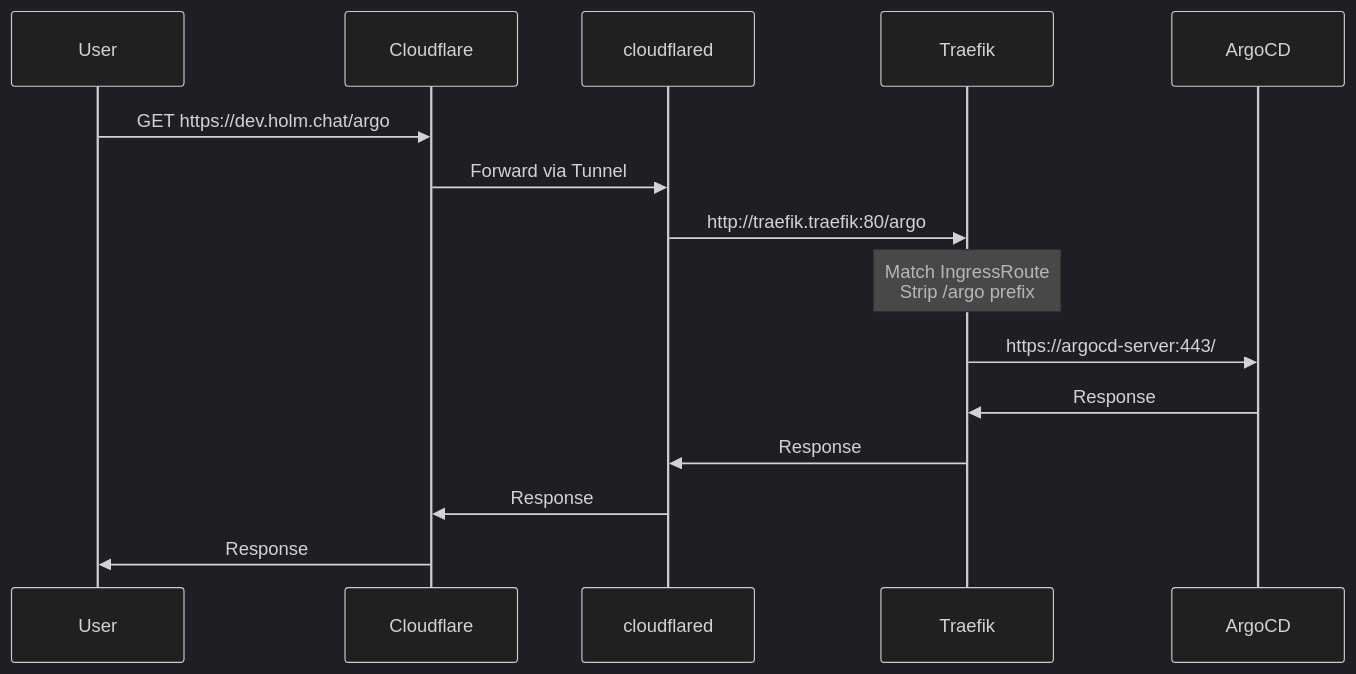
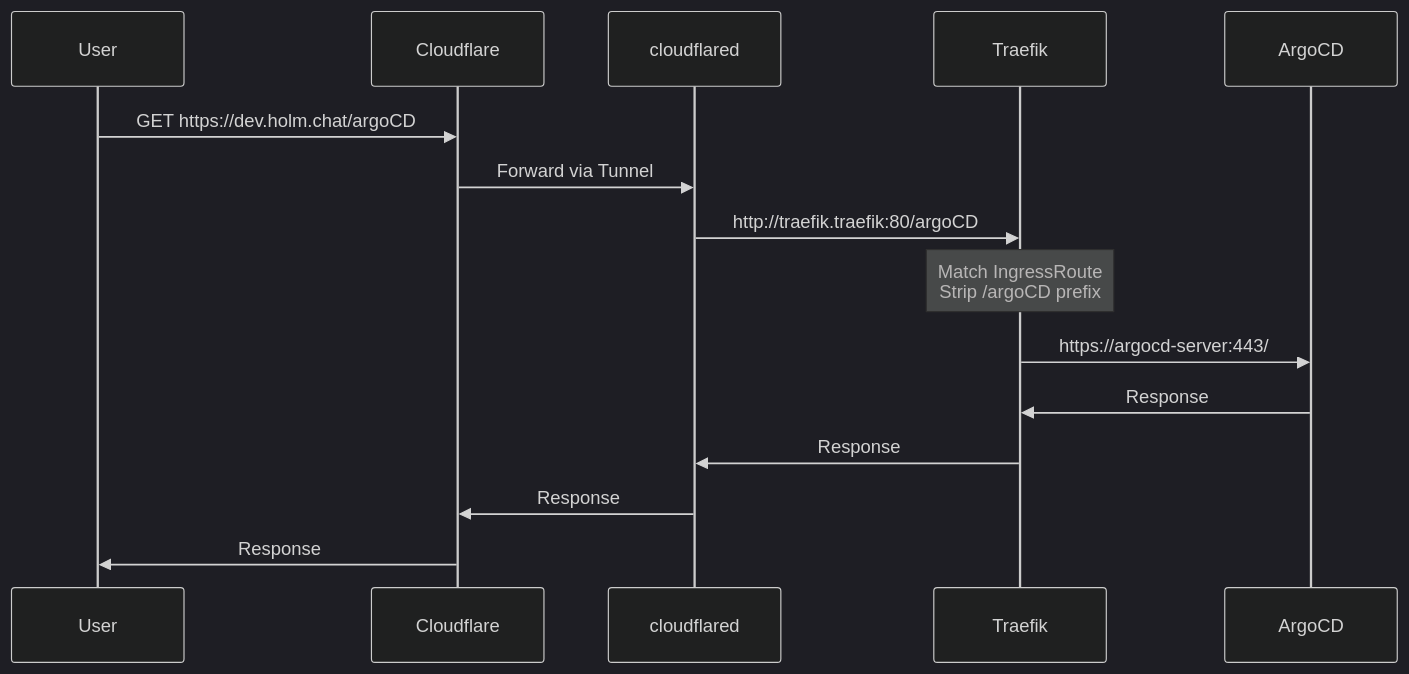
Before and after one commit to timholm/k8s-infrastructure: the first of 3 diagrams in docs/architecture/traffic-flow.md, drawn with Mermaid (dark theme). The commit also changed other lines of this file and 21 other files, not shown here.

First line of the commit message:
Add Velero, Argo Workflows, rename paths, fix tunnel

````diff
--- a/docs/architecture/traffic-flow.md
+++ b/docs/architecture/traffic-flow.md
@@ -7,18 +7,18 @@
 ```mermaid
 sequenceDiagram
     participant User
     participant Cloudflare
     participant Tunnel as cloudflared
     participant Traefik
     participant ArgoCD
 
-    User->>Cloudflare: GET https://dev.holm.chat/argo
+    User->>Cloudflare: GET https://dev.holm.chat/argoCD
     Cloudflare->>Tunnel: Forward via Tunnel
-    Tunnel->>Traefik: http://traefik.traefik:80/argo
-    Note over Traefik: Match IngressRoute<br/>Strip /argo prefix
+    Tunnel->>Traefik: http://traefik.traefik:80/argoCD
+    Note over Traefik: Match IngressRoute<br/>Strip /argoCD prefix
     Traefik->>ArgoCD: https://argocd-server:443/
     ArgoCD->>Traefik: Response
     Traefik->>Tunnel: Response
     Tunnel->>Cloudflare: Response
     Cloudflare->>User: Response
 ```
````
